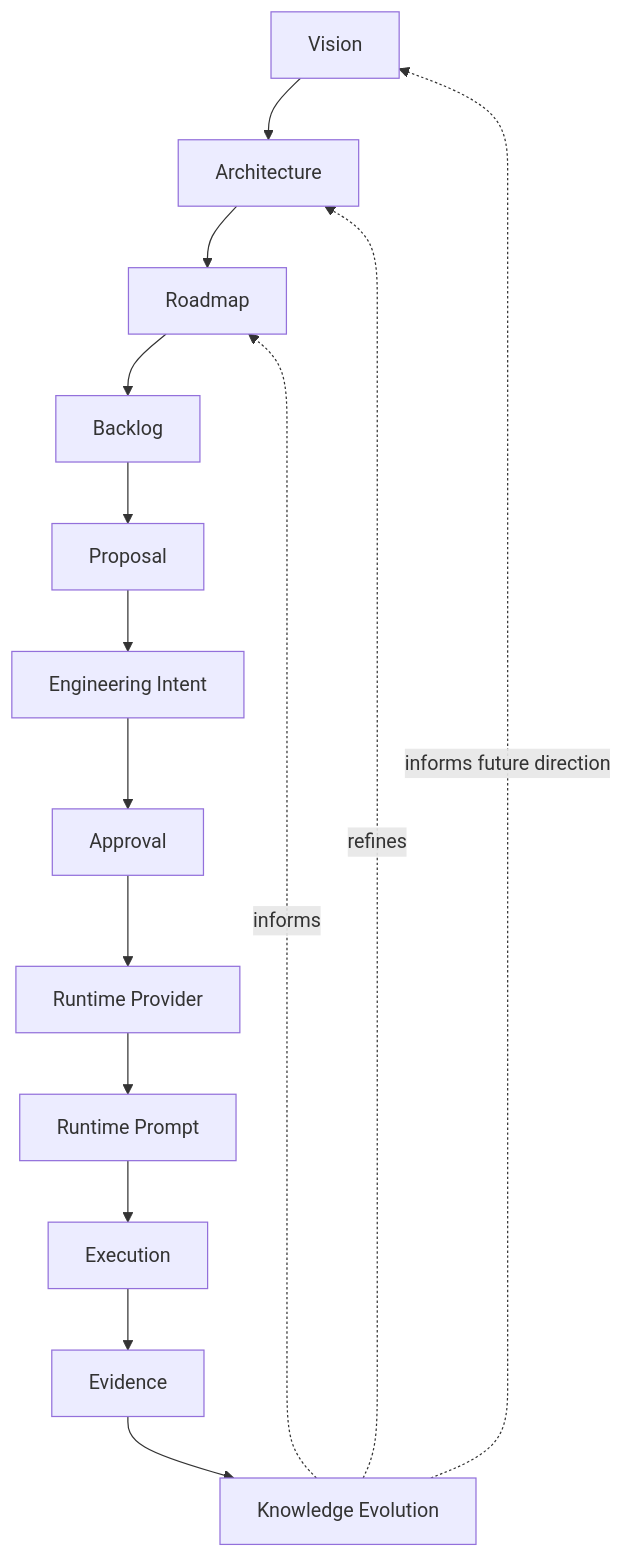
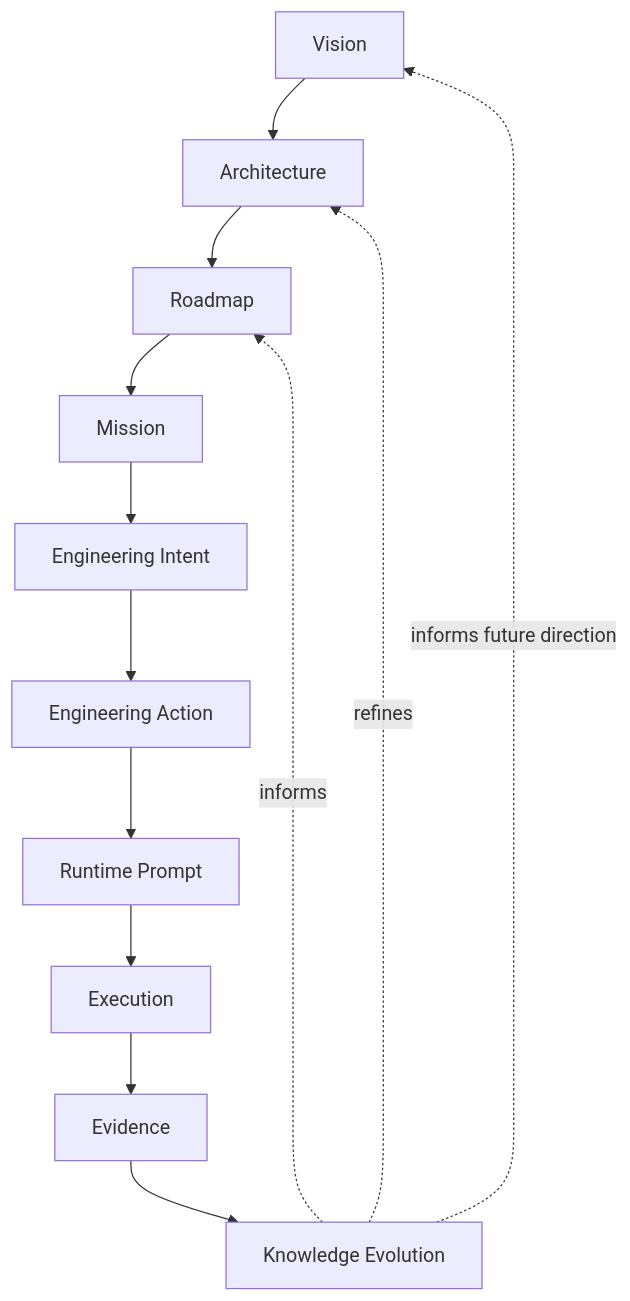
One commit to pcvantol/forge changed the first of 5 diagrams in knowledge/bootstrap/05_ENGINEERING_MODEL.md. Above: the diagram before and after it, drawn with Mermaid. The commit also changed other lines of this file and 15 other files, not shown here.

Commit message:
docs: introduce engineering action architecture

````diff
--- a/knowledge/bootstrap/05_ENGINEERING_MODEL.md
+++ b/knowledge/bootstrap/05_ENGINEERING_MODEL.md
@@ -13,17 +13,15 @@
 ```mermaid
 flowchart TD
     V[Vision] --> A[Architecture]
     A --> R[Roadmap]
-    R --> B[Backlog]
-    B --> P[Proposal]
-    P --> I[Engineering Intent]
-    I --> AP[Approval]
-    AP --> RP[Runtime Provider]
-    RP --> PR[Runtime Prompt]
+    R --> M[Mission]
+    M --> I[Engineering Intent]
+    I --> AC[Engineering Action]
+    AC --> PR[Runtime Prompt]
     PR --> EX[Execution]
     EX --> EV[Evidence]
     EV --> KE[Knowledge Evolution]
     KE -. informs future direction .-> V
     KE -. refines .-> A
     KE -. informs .-> R
 ```
````
